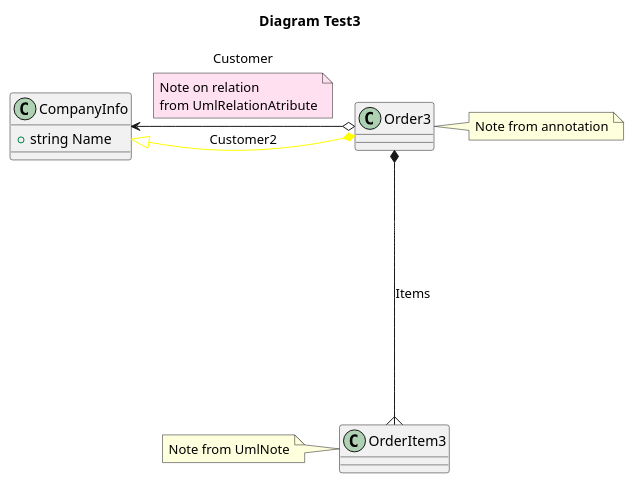
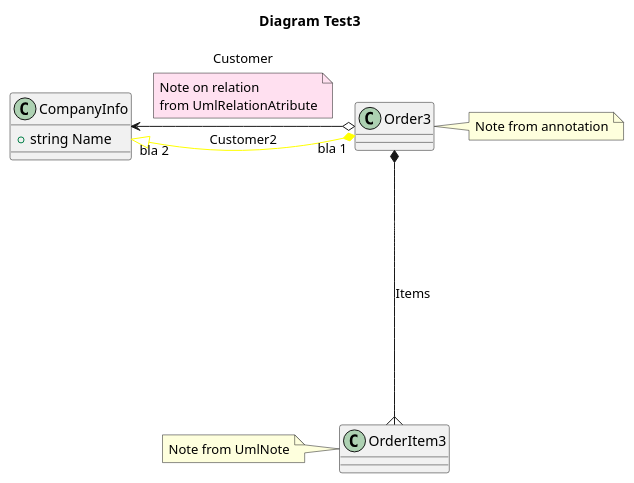
The diagram in docs/testsResults/T08_Should_add_metadata_with_reflection.puml (isukces/AutoUml), drawn with PlantUML before and after one commit. The commit also changed 6 other files, not shown here.

```diff
--- a/docs/testsResults/T08_Should_add_metadata_with_reflection.puml
+++ b/docs/testsResults/T08_Should_add_metadata_with_reflection.puml
@@ -1,31 +1,31 @@
 @startuml
 title
  Diagram Test3
 end title
 
 class Order3
 {
 }
 note right of Order3
 Note from annotation
 end note
 class CompanyInfo
 {
     +string Name
 }
 class OrderItem3
 {
 }
 note left of OrderItem3
 Note from UmlNote
 end note
 
 Order3 o-right-> CompanyInfo:Customer
 note on link  #ffe0f0
 Note on relation
 from UmlRelationAtribute
 end note
 ' MyId
-Order3 *-[#yellow]up-|> CompanyInfo:Customer2
+Order3 "bla 1" *-[#yellow]up-|> "bla 2" CompanyInfo:Customer2
 Order3 *-----{ OrderItem3:Items
 @enduml
```
